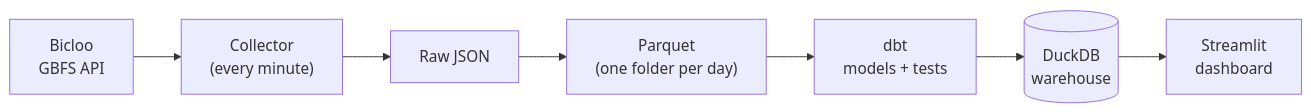
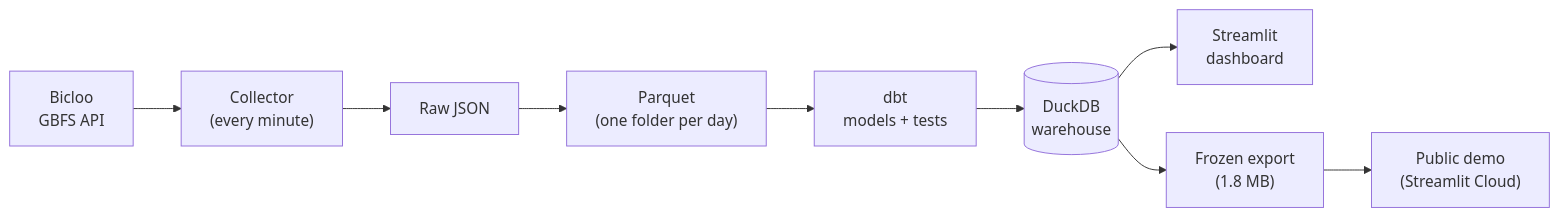
Before and after one commit to soley000/omr-portfolio: the diagram in projects/data-engineering/real-time-mobility-data-platform/README.md, drawn with Mermaid. The commit also changed other lines of this file and 8 other files, not shown here.

````diff
--- a/projects/data-engineering/real-time-mobility-data-platform/README.md
+++ b/projects/data-engineering/real-time-mobility-data-platform/README.md
@@ -50,9 +51,11 @@
 ```mermaid
 flowchart LR
     A["Bicloo<br/>GBFS API"] --> B["Collector<br/>(every minute)"]
     B --> C["Raw JSON"]
     C --> D["Parquet<br/>(one folder per day)"]
     D --> E["dbt<br/>models + tests"]
     E --> F[("DuckDB<br/>warehouse")]
     F --> G["Streamlit<br/>dashboard"]
+    F --> H["Frozen export<br/>(1.8 MB)"]
+    H --> I["Public demo<br/>(Streamlit Cloud)"]
 ```
````
